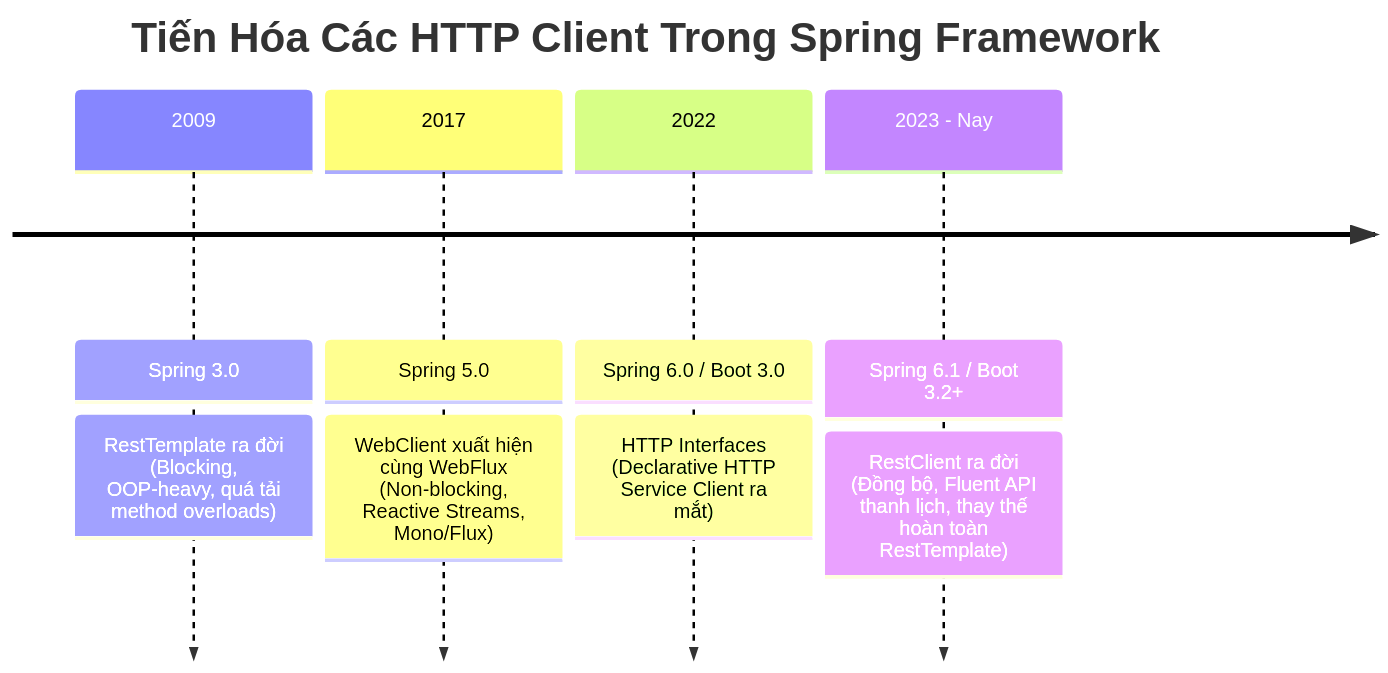
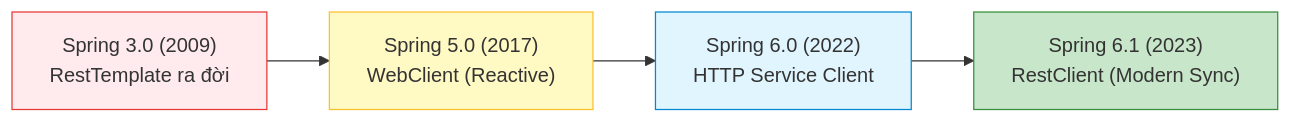
The first of 5 diagrams in Note/Lesson16/bai-16-goi-external-api-restclient-webclient-http-service-client.md (anhtudayne/JAVA), drawn with Mermaid before and after one commit. The commit also changed other lines of this file and 3 other files, not shown here.

````diff
--- a/Note/Lesson16/bai-16-goi-external-api-restclient-webclient-http-service-client.md
+++ b/Note/Lesson16/bai-16-goi-external-api-restclient-webclient-http-service-client.md
@@ -34,8 +34,11 @@
 ```mermaid
-timeline
-    title Tiến Hóa Các HTTP Client Trong Spring Framework
-    2009 : Spring 3.0 : RestTemplate ra đời (Blocking, OOP-heavy, quá tải method overloads)
-    2017 : Spring 5.0 : WebClient xuất hiện cùng WebFlux (Non-blocking, Reactive Streams, Mono/Flux)
-    2022 : Spring 6.0 / Boot 3.0 : HTTP Interfaces (Declarative HTTP Service Client ra mắt)
-    2023 - Nay : Spring 6.1 / Boot 3.2+ : RestClient ra đời (Đồng bộ, Fluent API thanh lịch, thay thế hoàn toàn RestTemplate)
+graph LR
+    Y2009["Spring 3.0 (2009)<br/>RestTemplate ra đời"] --> Y2017["Spring 5.0 (2017)<br/>WebClient (Reactive)"]
+    Y2017 --> Y2022["Spring 6.0 (2022)<br/>HTTP Service Client"]
+    Y2022 --> Y2023["Spring 6.1 (2023)<br/>RestClient (Modern Sync)"]
+
+    style Y2009 fill:#ffebee,stroke:#e53935
+    style Y2017 fill:#fff9c4,stroke:#fbc02d
+    style Y2022 fill:#e1f5fe,stroke:#0288d1
+    style Y2023 fill:#c8e6c9,stroke:#388e3c
 ```
````
